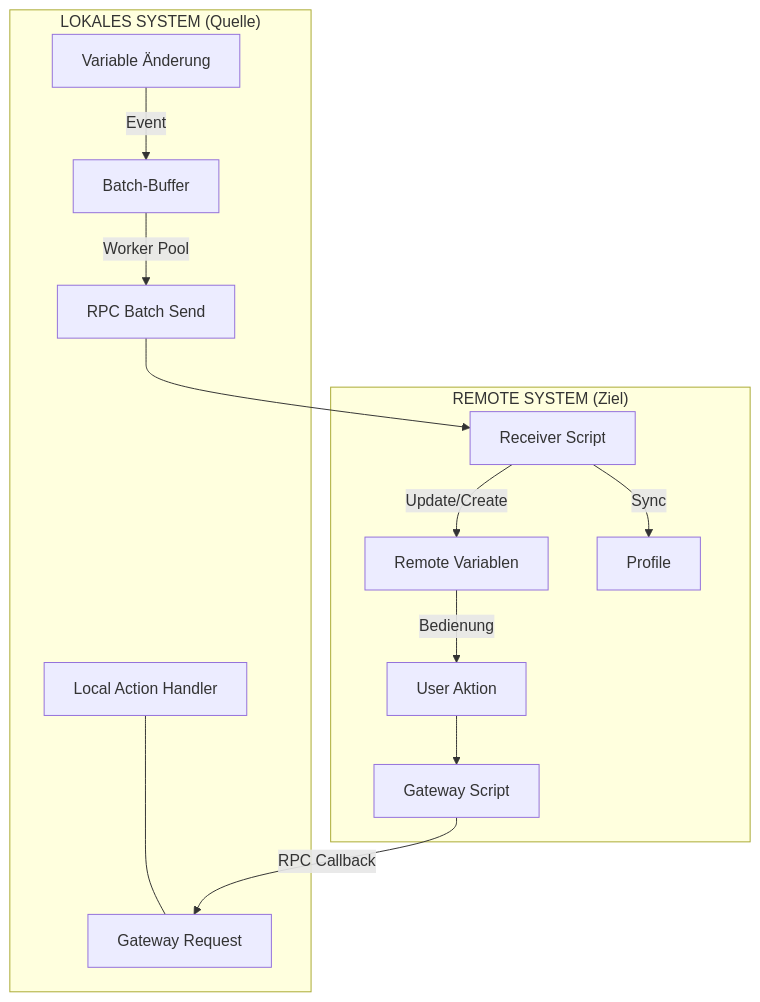
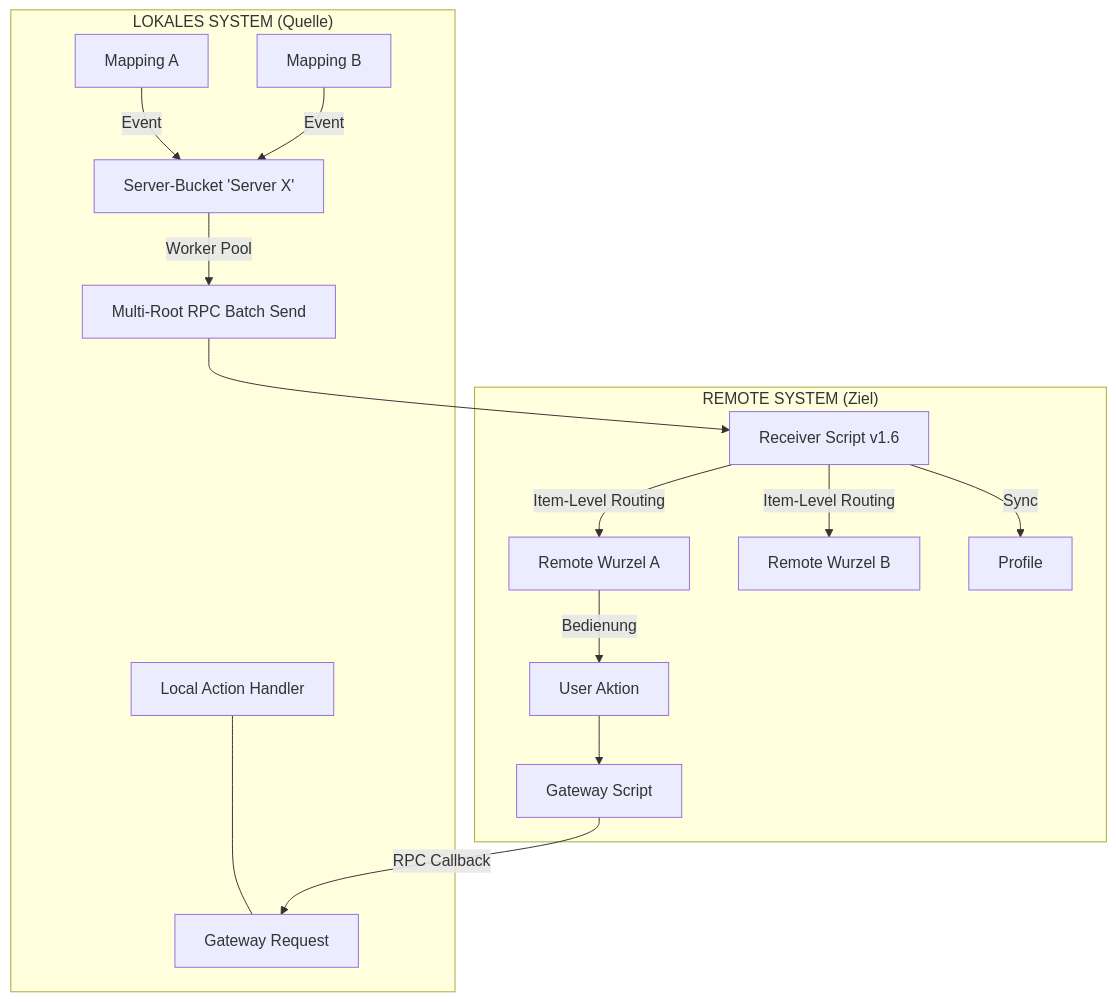
The first of 4 diagrams in README.md (fisart/Symcon-RemoteMirror), drawn with Mermaid before and after one commit. The commit also changed other lines of this file and 1 other file, not shown here.

````diff
--- a/README.md
+++ b/README.md
@@ -22,16 +30,18 @@
 ```mermaid
 graph TD
     subgraph "LOKALES SYSTEM (Quelle)"
-        A[Variable Änderung] -->|Event| B[Batch-Buffer]
-        B -->|Worker Pool| C[RPC Batch Send]
+        A1[Mapping A] -->|Event| B[Server-Bucket 'Server X']
+        A2[Mapping B] -->|Event| B
+        B -->|Worker Pool| C[Multi-Root RPC Batch Send]
         L[Local Action Handler] <--- M[Gateway Request]
     end
     subgraph "REMOTE SYSTEM (Ziel)"
-        C --> D[Receiver Script]
-        D -->|Update/Create| E[Remote Variablen]
+        C --> D[Receiver Script v1.6]
+        D -->|Item-Level Routing| E1[Remote Wurzel A]
+        D -->|Item-Level Routing| E2[Remote Wurzel B]
         D -->|Sync| F[Profile]
-        E -->|Bedienung| G[User Aktion]
+        E1 -->|Bedienung| G[User Aktion]
         G --> H[Gateway Script]
         H -->|RPC Callback| M
     end
 ```
````
